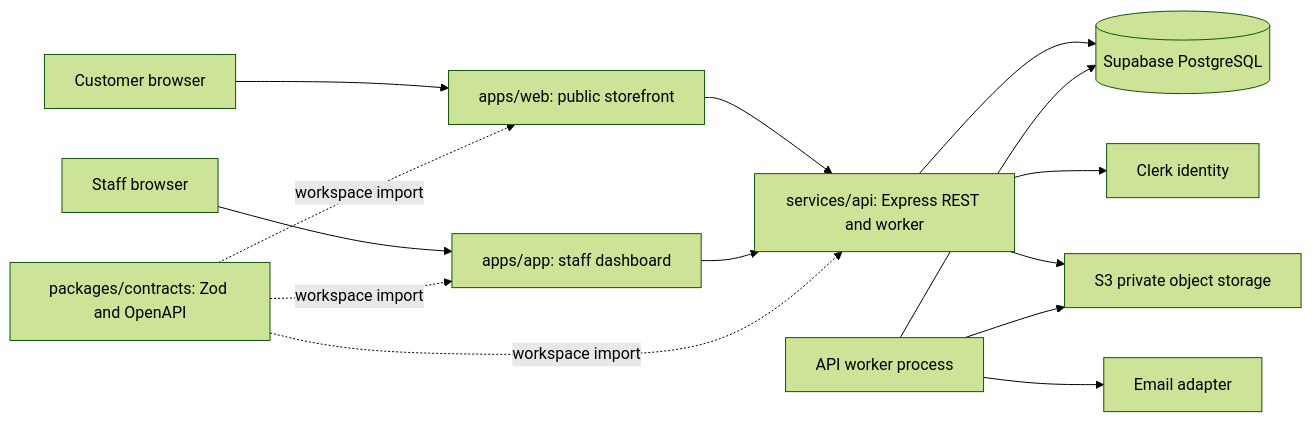
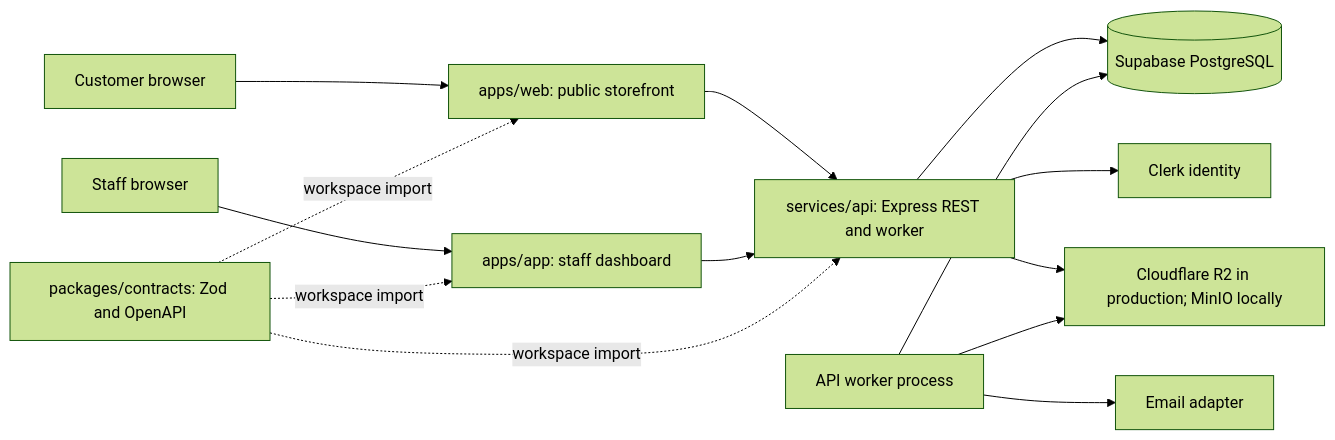
One commit to Drezivo/drezivo changed the first of 2 diagrams in ROOT-REPOSITORY-ARCHITECTURE.md. Above: the diagram before and after it, drawn with Mermaid (forest theme). The commit also changed other lines of this file and 110 other files, not shown here.

First line of the commit message:
feat(files): support Cloudflare R2-compatible storage

````diff
--- a/ROOT-REPOSITORY-ARCHITECTURE.md
+++ b/ROOT-REPOSITORY-ARCHITECTURE.md
@@ -26,16 +26,16 @@
 ```mermaid
 flowchart LR
   CUSTOMER[Customer browser] --> WEB[apps/web: public storefront]
   STAFF[Staff browser] --> APP[apps/app: staff dashboard]
   WEB --> API[services/api: Express REST and worker]
   APP --> API
   API --> DB[(Supabase PostgreSQL)]
   API --> CLERK[Clerk identity]
-  API --> S3[S3 private object storage]
+  API --> R2[Cloudflare R2 in production; MinIO locally]
   WORKER[API worker process] --> DB
-  WORKER --> S3
+  WORKER --> R2
   WORKER --> MAIL[Email adapter]
   CONTRACTS[packages/contracts: Zod and OpenAPI] -. workspace import .-> API
   CONTRACTS -. workspace import .-> APP
   CONTRACTS -. workspace import .-> WEB
 ```
````
